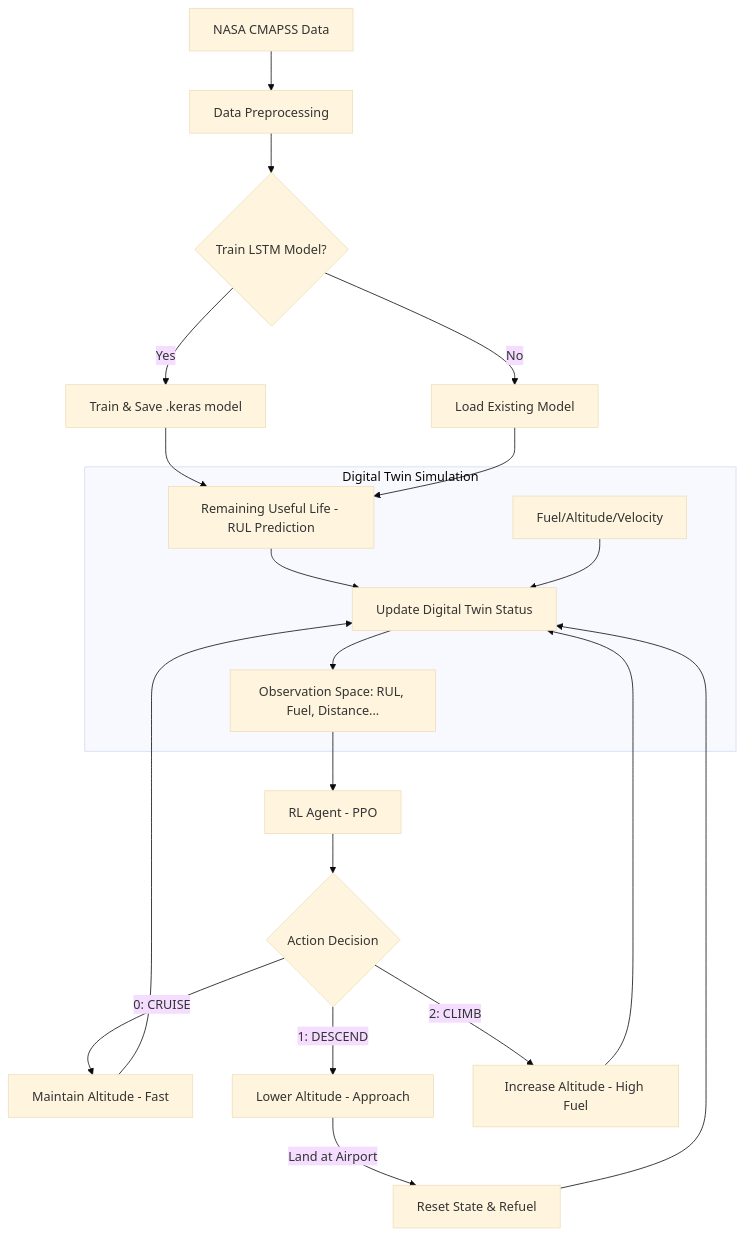
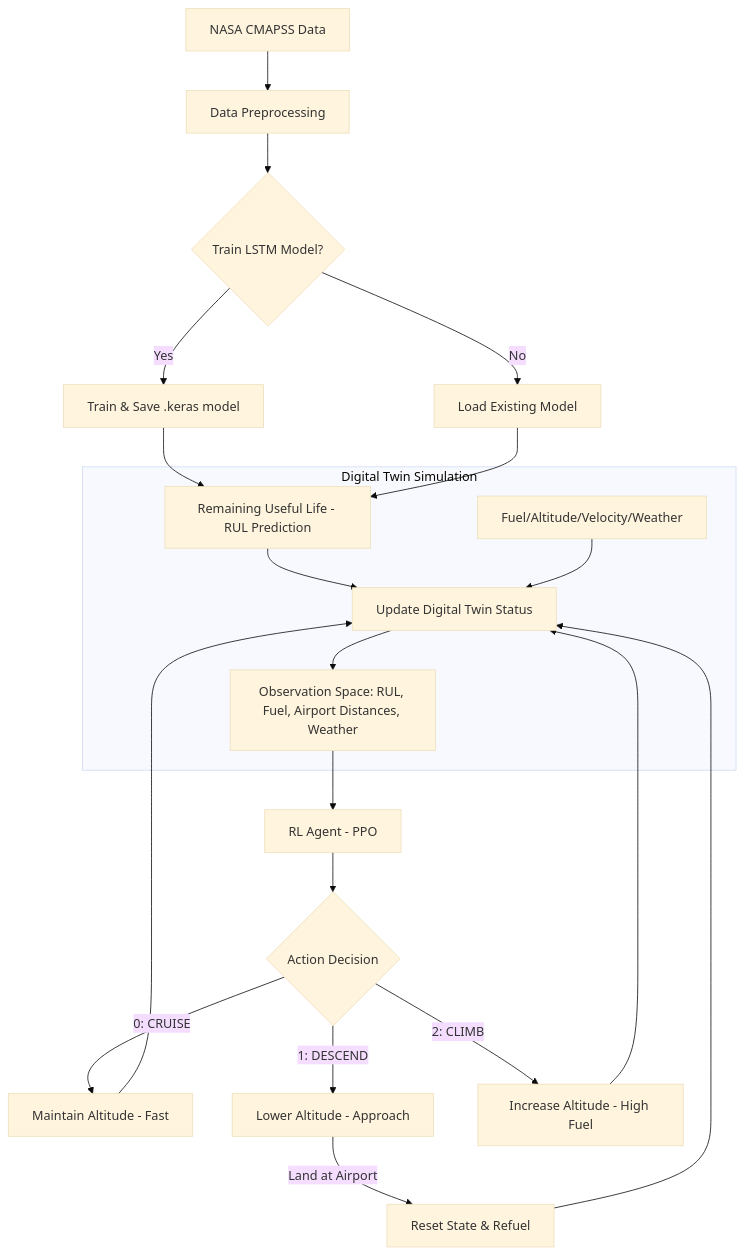
Before and after one commit to nttung245/NT549-Project: the diagram in README.md, drawn with Mermaid (base theme). The commit also changed other lines of this file and 33 other files, not shown here.

````diff
--- a/README.md
+++ b/README.md
@@ -33,26 +34,26 @@
 ```mermaid
 graph TD
     A[NASA CMAPSS Data] --> B[Data Preprocessing]
     B --> C{Train LSTM Model?}
     C -- Yes --> D[Train & Save .keras model]
     C -- No --> E[Load Existing Model]
     D --> F[Remaining Useful Life - RUL Prediction]
     E --> F
 
     subgraph "Digital Twin Simulation"
         F --> G[Update Digital Twin Status]
-        H[Fuel/Altitude/Velocity] --> G
-        G --> I[Observation Space: RUL, Fuel, Distance...]
+        H[Fuel/Altitude/Velocity/Weather] --> G
+        G --> I[Observation Space: RUL, Fuel, Airport Distances, Weather]
     end
 
     I --> J[RL Agent - PPO]
     J --> K{Action Decision}
     K -- 0: CRUISE --> L[Maintain Altitude - Fast]
     K -- 1: DESCEND --> M[Lower Altitude - Approach]
     K -- 2: CLIMB --> O[Increase Altitude - High Fuel]
 
     L --> G
     M -- Land at Airport --> N[Reset State & Refuel]
     O --> G
     N --> G
 ```
````
